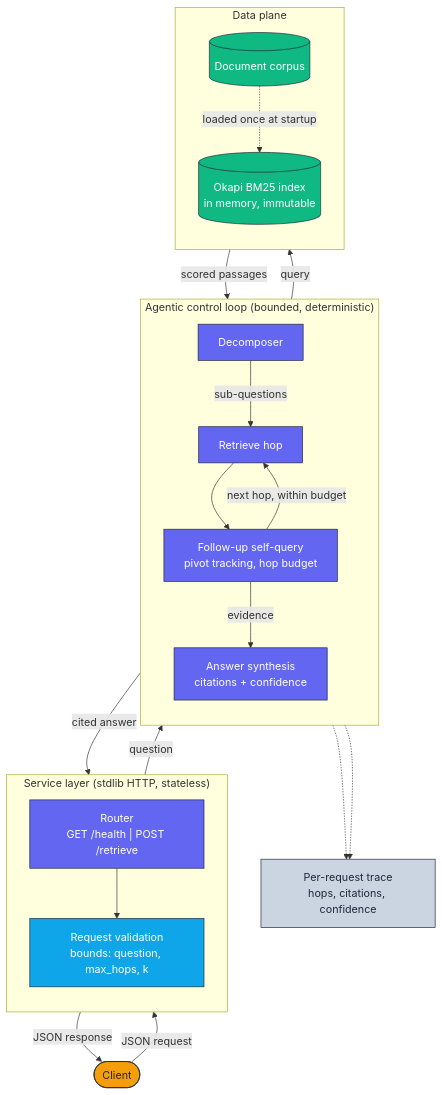
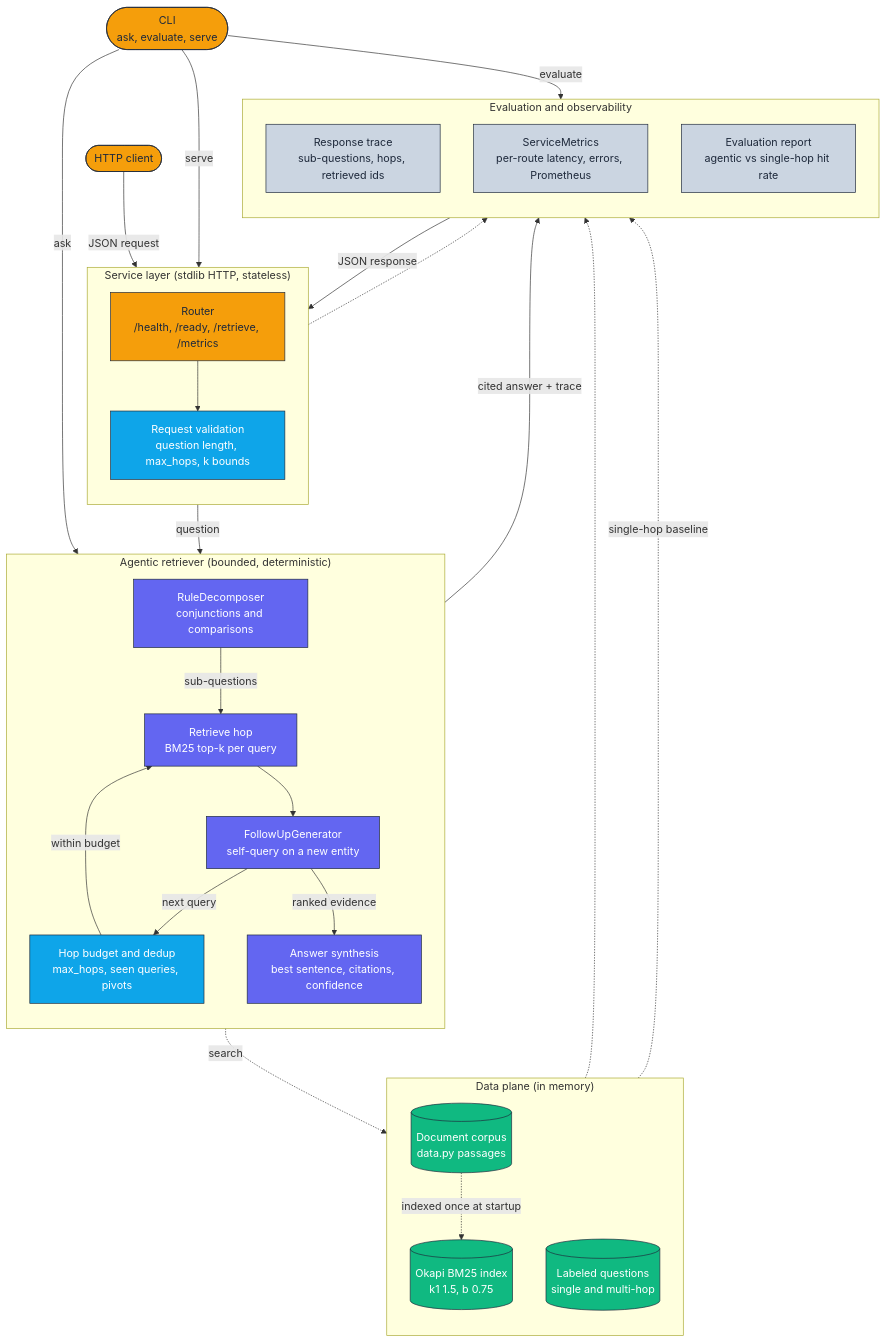
One commit to adeoluo/agentic-rag changed the diagram in docs/architecture/architecture.mmd. Above: the diagram before and after it, drawn with Mermaid. The commit also changed 2 other files, not shown here.

Commit message:
docs: vertical layered architecture diagram

```diff
--- a/docs/architecture/architecture.mmd
+++ b/docs/architecture/architecture.mmd
@@ -1,45 +1,57 @@
 flowchart TD
     classDef edge     fill:#F59E0B,stroke:#1E293B,color:#1E293B,stroke-width:1px;
     classDef core     fill:#6366F1,stroke:#1E293B,color:#ffffff,stroke-width:1px;
     classDef data     fill:#10B981,stroke:#1E293B,color:#ffffff,stroke-width:1px;
     classDef control  fill:#0EA5E9,stroke:#1E293B,color:#ffffff,stroke-width:1px;
     classDef obs      fill:#CBD5E1,stroke:#1E293B,color:#1E293B,stroke-width:1px;
 
-    Client([Client]):::edge
+    Client(["HTTP client"]):::edge
+    CLI(["CLI<br/>ask, evaluate, serve"]):::edge
 
-    subgraph Edge["Service layer (stdlib HTTP, stateless)"]
+    subgraph Interfaces["Service layer (stdlib HTTP, stateless)"]
         direction TB
-        Router["Router<br/>GET /health | POST /retrieve"]:::core
-        Validate["Request validation<br/>bounds: question, max_hops, k"]:::control
+        Router["Router<br/>/health, /ready, /retrieve, /metrics"]:::edge
+        Validate["Request validation<br/>question length, max_hops, k bounds"]:::control
     end
 
-    subgraph Loop["Agentic control loop (bounded, deterministic)"]
+    subgraph Loop["Agentic retriever (bounded, deterministic)"]
         direction TB
-        Decompose[Decomposer]:::core
-        Retrieve[Retrieve hop]:::core
-        FollowUp["Follow-up self-query<br/>pivot tracking, hop budget"]:::core
-        Synthesize["Answer synthesis<br/>citations + confidence"]:::core
+        Decompose["RuleDecomposer<br/>conjunctions and comparisons"]:::core
+        Retrieve["Retrieve hop<br/>BM25 top-k per query"]:::core
+        FollowUp["FollowUpGenerator<br/>self-query on a new entity"]:::core
+        Budget["Hop budget and dedup<br/>max_hops, seen queries, pivots"]:::control
+        Synthesize["Answer synthesis<br/>best sentence, citations, confidence"]:::core
     end
 
-    subgraph DataPlane["Data plane"]
+    subgraph DataPlane["Data plane (in memory)"]
         direction TB
-        Index[(Okapi BM25 index<br/>in memory, immutable)]:::data
-        Corpus[(Document corpus)]:::data
+        Corpus[("Document corpus<br/>data.py passages")]:::data
+        Index[("Okapi BM25 index<br/>k1 1.5, b 0.75")]:::data
+        Questions[("Labeled questions<br/>single and multi-hop")]:::data
     end
 
-    Trace["Per-request trace<br/>hops, citations, confidence"]:::obs
+    subgraph Observability["Evaluation and observability"]
+        direction TB
+        Trace["Response trace<br/>sub-questions, hops, retrieved ids"]:::obs
+        Metrics["ServiceMetrics<br/>per-route latency, errors, Prometheus"]:::obs
+        Eval["Evaluation report<br/>agentic vs single-hop hit rate"]:::obs
+    end
 
     Client -->|JSON request| Router
+    CLI -->|ask| Decompose
+    CLI -->|serve| Router
     Router --> Validate
     Validate -->|question| Decompose
     Decompose -->|sub-questions| Retrieve
-    Retrieve -->|query| Index
-    Index -->|scored passages| Retrieve
     Retrieve --> FollowUp
-    FollowUp -->|next hop, within budget| Retrieve
-    FollowUp -->|evidence| Synthesize
-    Corpus -.->|loaded once at startup| Index
-    Synthesize -->|cited answer| Router
-    Router -->|JSON response| Client
-    Synthesize -.-> Trace
-    Retrieve -.-> Trace
+    FollowUp -->|next query| Budget
+    Budget -->|within budget| Retrieve
+    FollowUp -->|ranked evidence| Synthesize
+    Corpus -.->|indexed once at startup| Index
+    Retrieve -.->|search| Index
+    Synthesize -->|cited answer + trace| Trace
+    Trace -->|JSON response| Router
+    Router -.-> Metrics
+    CLI -->|evaluate| Eval
+    Questions -.-> Eval
+    Index -.->|single-hop baseline| Eval
```
